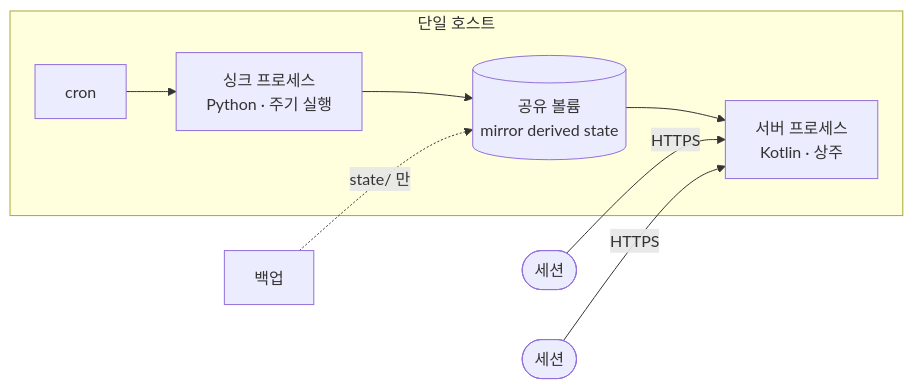
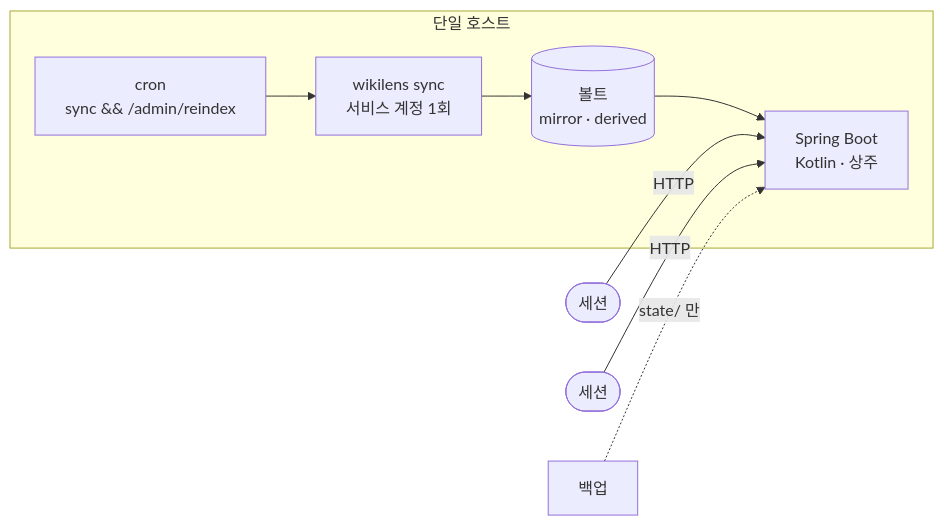
Before and after one commit to mukansei/wikilens: the second of 2 diagrams in docs/architecture.md, drawn with Mermaid. The commit also changed other lines of this file and 5 other files, not shown here.

````diff
--- a/docs/architecture.md
+++ b/docs/architecture.md
@@ -71,11 +84,11 @@
 ```mermaid
 flowchart LR
     subgraph HOST["단일 호스트"]
-        CRON["cron"] --> SYNCP["싱크 프로세스<br/>Python · 주기 실행"]
-        SYNCP --> VOL[("공유 볼륨<br/>mirror derived state")]
-        VOL --> SRVP["서버 프로세스<br/>Kotlin · 상주"]
+        CRON["cron<br/>sync && /admin/reindex"] --> SYNCP["wikilens sync<br/>서비스 계정 1회"]
+        SYNCP --> VOL[("볼트<br/>mirror · derived")]
+        VOL --> SRVP["Spring Boot<br/>Kotlin · 상주"]
     end
-    C1(["세션"]) -->|HTTPS| SRVP
-    C2(["세션"]) -->|HTTPS| SRVP
-    BAK["백업"] -.->|"state/ 만"| VOL
+    C1(["세션"]) -->|HTTP| SRVP
+    C2(["세션"]) -->|HTTP| SRVP
+    BAK["백업"] -.->|"state/ 만"| SRVP
 ```
````
